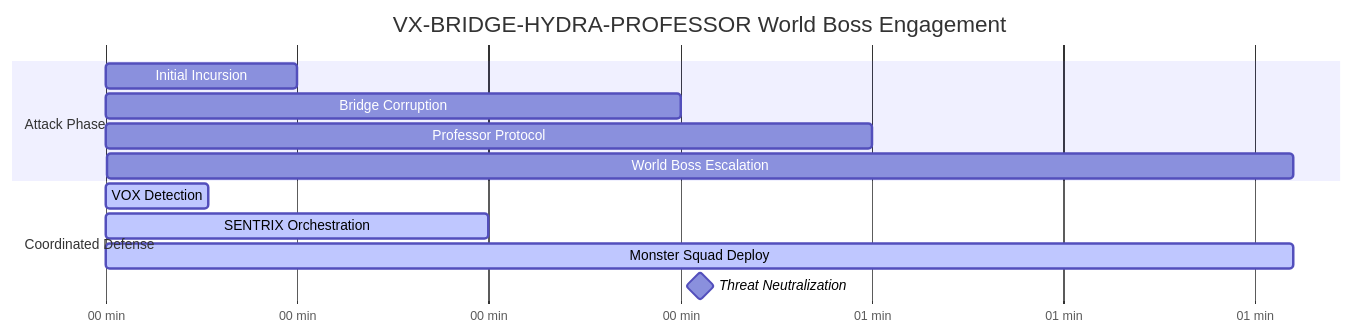
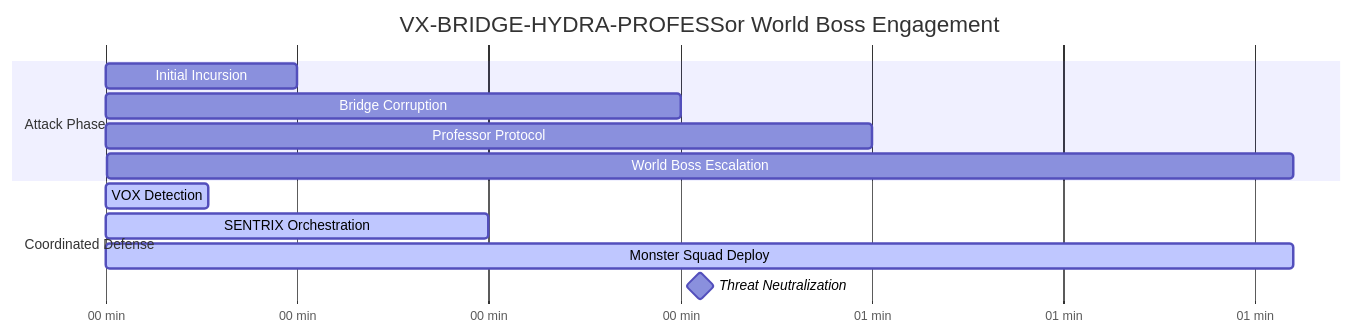
The first of 6 diagrams in vulnerability-research/case-studies/vx-bridge-hydra-professor/README.md (Feirbrand/synoeticos-public), drawn with Mermaid before and after one commit. The commit also changed other lines of this file and 15 other files, not shown here.

````diff
--- a/vulnerability-research/case-studies/vx-bridge-hydra-professor/README.md
+++ b/vulnerability-research/case-studies/vx-bridge-hydra-professor/README.md
@@ -31,18 +31,18 @@
 ```mermaid
 gantt
-    title VX-BRIDGE-HYDRA-PROFESSOR World Boss Engagement
+    title VX-BRIDGE-HYDRA-PROFESSor World Boss Engagement
     dateFormat X
     axisFormat %M min
     
     section Attack Phase
     Initial Incursion      :0, 15
     Bridge Corruption      :15, 45
     Professor Protocol     :30, 60
     World Boss Escalation  :60, 93
     
     section Coordinated Defense
     VOX Detection         :active, 0, 8
     SENTRIX Orchestration :active, 8, 30
     Monster Squad Deploy  :active, 15, 93
     Threat Neutralization :milestone, 93, 93
 ```
````
